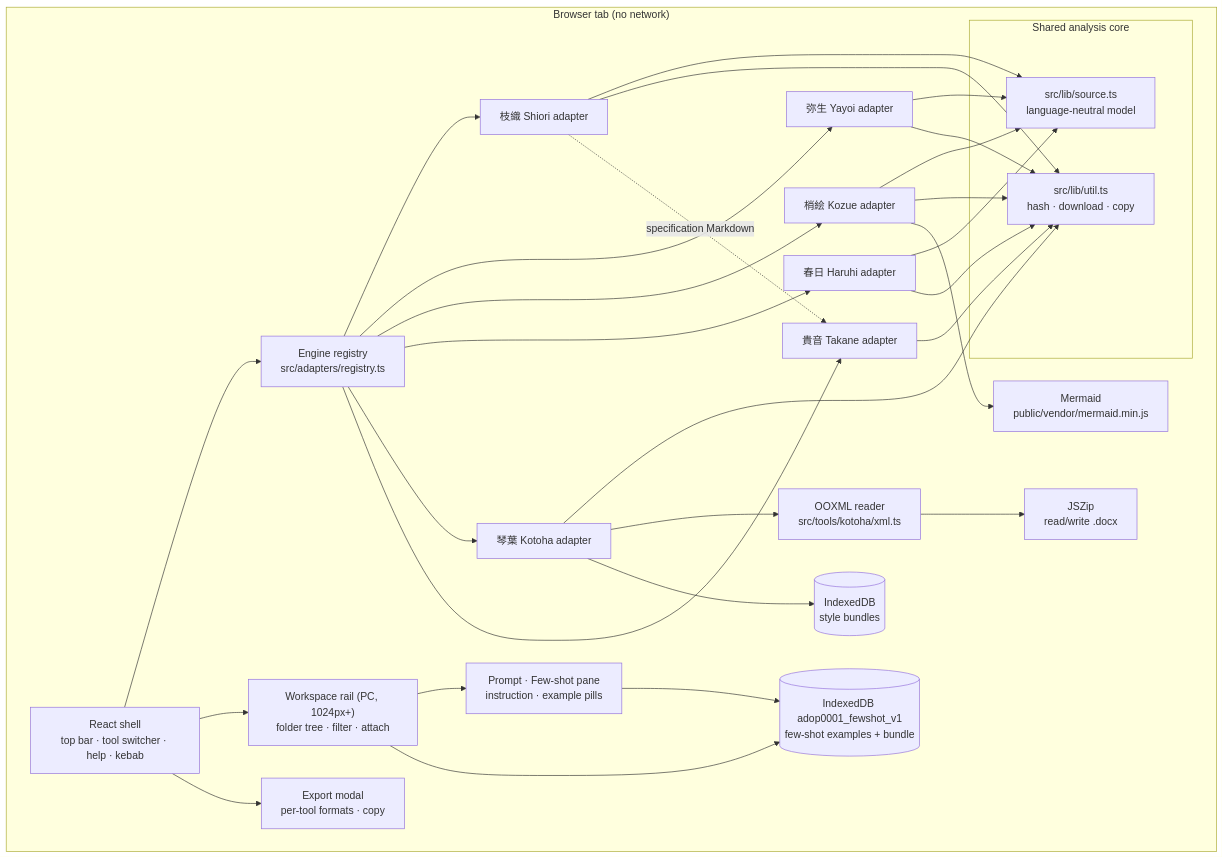
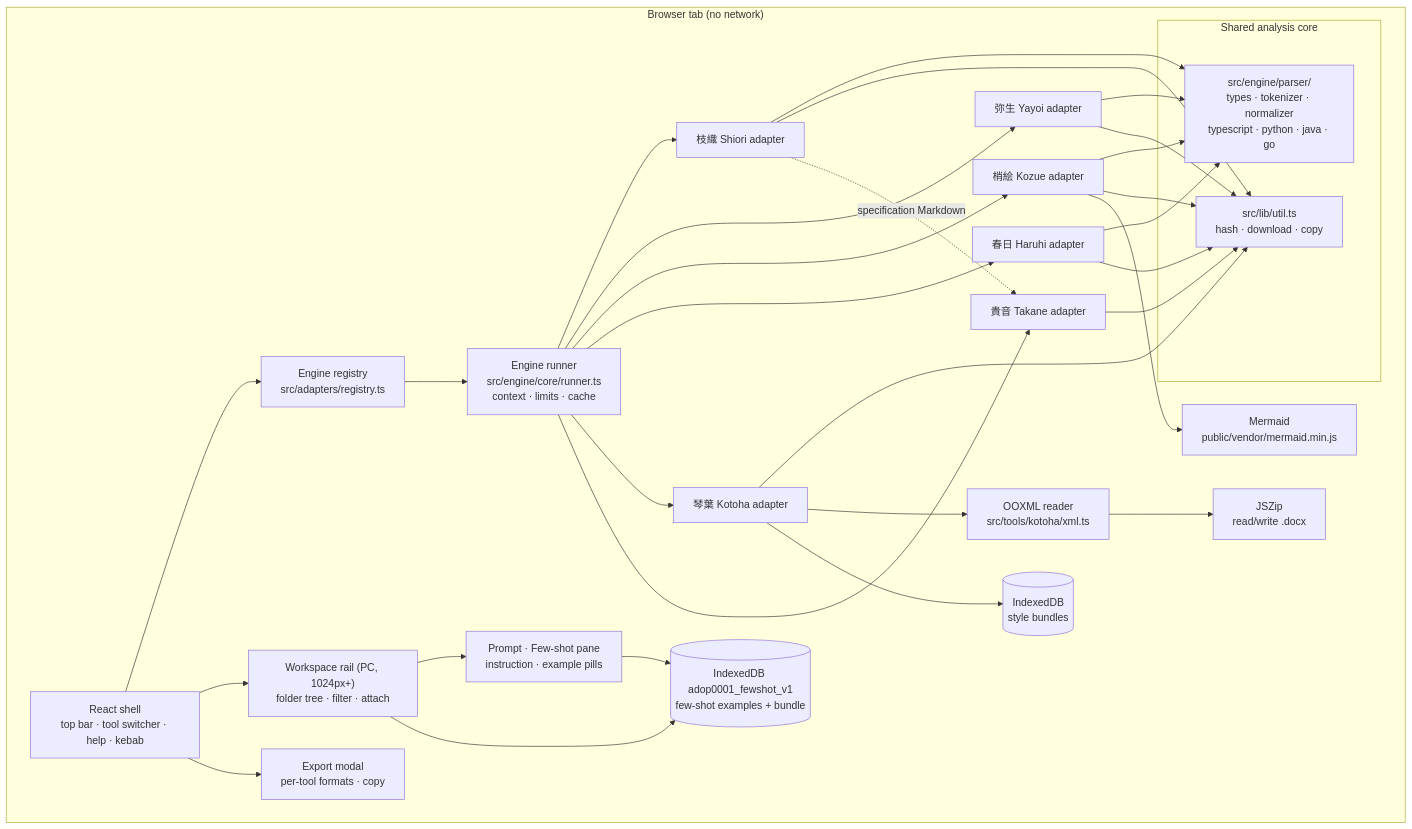
One commit to HyangDan2/ADOP0001 changed the first of 10 diagrams in ARCHITECTURE.md. Above: the diagram before and after it, drawn with Mermaid. The commit also changed other lines of this file and 3 other files, not shown here.

````diff
--- a/ARCHITECTURE.md
+++ b/ARCHITECTURE.md
@@ -30,37 +30,39 @@
 ```mermaid
 flowchart TB
   subgraph Browser["Browser tab (no network)"]
     UI[React shell<br/>top bar · tool switcher · help · kebab]
     WS["Workspace rail (PC, 1024px+)<br/>folder tree · filter · attach"]
     PROMPT[Prompt · Few-shot pane<br/>instruction · example pills]
     EXPORT[Export modal<br/>per-tool formats · copy]
     FSS[(IndexedDB adop0001_fewshot_v1<br/>few-shot examples + bundle)]
     Registry[Engine registry<br/>src/adapters/registry.ts]
+    Runner[Engine runner<br/>src/engine/core/runner.ts<br/>context · limits · cache]
     subgraph Core["Shared analysis core"]
-      Parser[src/lib/source.ts<br/>language-neutral model]
+      Parser[src/engine/parser/<br/>types · tokenizer · normalizer<br/>typescript · python · java · go]
       Util[src/lib/util.ts<br/>hash · download · copy]
     end
     S1[枝織 Shiori adapter]
     S2[弥生 Yayoi adapter]
     S3[梢絵 Kozue adapter]
     S4[春日 Haruhi adapter]
     S5[琴葉 Kotoha adapter]
     S6[貴音 Takane adapter]
     XML[OOXML reader<br/>src/tools/kotoha/xml.ts]
     ZIP[JSZip<br/>read/write .docx]
     IDB[(IndexedDB<br/>style bundles)]
     MER[Mermaid<br/>public/vendor/mermaid.min.js]
   end
   UI --> Registry
   UI --> WS --> PROMPT
   PROMPT --> FSS
   WS --> FSS
   UI --> EXPORT
-  Registry --> S1 & S2 & S3 & S4 & S5 & S6
+  Registry --> Runner
+  Runner --> S1 & S2 & S3 & S4 & S5 & S6
   S1 & S2 & S3 & S4 --> Parser
   S1 & S2 & S3 & S4 & S5 & S6 --> Util
   S1 -.specification Markdown.-> S6
   S5 --> XML --> ZIP
   S5 --> IDB
   S3 --> MER
 ```
````
